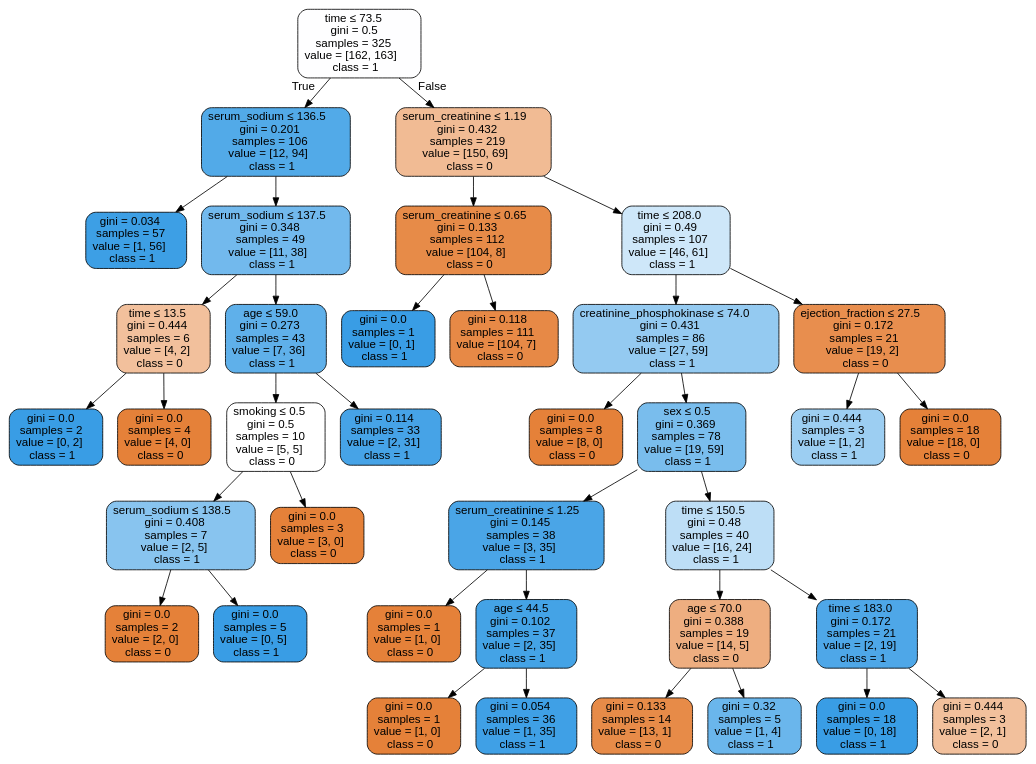
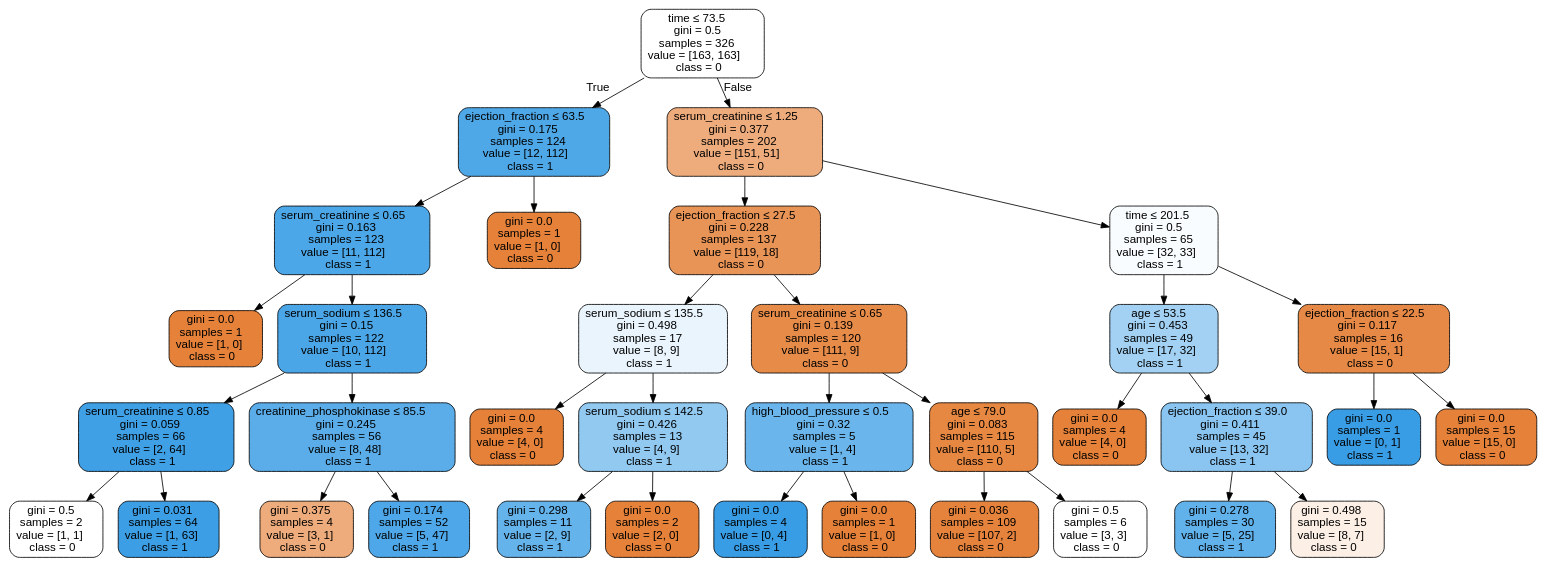
The diagram in Labs/NewClassifiers/Results/DecisionTrees/OverSample/ - No Outliers & Feature Selection/HFCR - OverSample - dtree.dot (isabelSoares/CD-2021), drawn with Graphviz before and after one commit. The commit also changed 173 other files, not shown here.

```diff
--- a/Labs/NewClassifiers/Results/DecisionTrees/OverSample/ - No Outliers & Feature Selection/HFCR - OverSample - dtree.dot
+++ b/Labs/NewClassifiers/Results/DecisionTrees/OverSample/ - No Outliers & Feature Selection/HFCR - OverSample - dtree.dot
@@ -1,77 +1,73 @@
 digraph Tree {
 node [shape=box, style="filled, rounded", color="black", fontname=helvetica] ;
 edge [fontname=helvetica] ;
-0 [label=<time &le; 73.5<br/>gini = 0.5<br/>samples = 325<br/>value = [162, 163]<br/>class = 1>, fillcolor="#fefeff"] ;
-1 [label=<serum_sodium &le; 136.5<br/>gini = 0.201<br/>samples = 106<br/>value = [12, 94]<br/>class = 1>, fillcolor="#52aae8"] ;
+0 [label=<time &le; 73.5<br/>gini = 0.5<br/>samples = 326<br/>value = [163, 163]<br/>class = 0>, fillcolor="#ffffff"] ;
+1 [label=<ejection_fraction &le; 63.5<br/>gini = 0.175<br/>samples = 124<br/>value = [12, 112]<br/>class = 1>, fillcolor="#4ea8e8"] ;
 0 -> 1 [labeldistance=2.5, labelangle=45, headlabel="True"] ;
-2 [label=<gini = 0.034<br/>samples = 57<br/>value = [1, 56]<br/>class = 1>, fillcolor="#3d9fe5"] ;
+2 [label=<serum_creatinine &le; 0.65<br/>gini = 0.163<br/>samples = 123<br/>value = [11, 112]<br/>class = 1>, fillcolor="#4ca7e8"] ;
 1 -> 2 ;
-3 [label=<serum_sodium &le; 137.5<br/>gini = 0.348<br/>samples = 49<br/>value = [11, 38]<br/>class = 1>, fillcolor="#72b9ed"] ;
-1 -> 3 ;
-4 [label=<time &le; 13.5<br/>gini = 0.444<br/>samples = 6<br/>value = [4, 2]<br/>class = 0>, fillcolor="#f2c09c"] ;
-3 -> 4 ;
-5 [label=<gini = 0.0<br/>samples = 2<br/>value = [0, 2]<br/>class = 1>, fillcolor="#399de5"] ;
+3 [label=<gini = 0.0<br/>samples = 1<br/>value = [1, 0]<br/>class = 0>, fillcolor="#e58139"] ;
+2 -> 3 ;
+4 [label=<serum_sodium &le; 136.5<br/>gini = 0.15<br/>samples = 122<br/>value = [10, 112]<br/>class = 1>, fillcolor="#4ba6e7"] ;
+2 -> 4 ;
+5 [label=<serum_creatinine &le; 0.85<br/>gini = 0.059<br/>samples = 66<br/>value = [2, 64]<br/>class = 1>, fillcolor="#3fa0e6"] ;
 4 -> 5 ;
-6 [label=<gini = 0.0<br/>samples = 4<br/>value = [4, 0]<br/>class = 0>, fillcolor="#e58139"] ;
-4 -> 6 ;
-7 [label=<age &le; 59.0<br/>gini = 0.273<br/>samples = 43<br/>value = [7, 36]<br/>class = 1>, fillcolor="#5fb0ea"] ;
-3 -> 7 ;
-8 [label=<smoking &le; 0.5<br/>gini = 0.5<br/>samples = 10<br/>value = [5, 5]<br/>class = 0>, fillcolor="#ffffff"] ;
-7 -> 8 ;
-9 [label=<serum_sodium &le; 138.5<br/>gini = 0.408<br/>samples = 7<br/>value = [2, 5]<br/>class = 1>, fillcolor="#88c4ef"] ;
+6 [label=<gini = 0.5<br/>samples = 2<br/>value = [1, 1]<br/>class = 0>, fillcolor="#ffffff"] ;
+5 -> 6 ;
+7 [label=<gini = 0.031<br/>samples = 64<br/>value = [1, 63]<br/>class = 1>, fillcolor="#3c9fe5"] ;
+5 -> 7 ;
+8 [label=<creatinine_phosphokinase &le; 85.5<br/>gini = 0.245<br/>samples = 56<br/>value = [8, 48]<br/>class = 1>, fillcolor="#5aade9"] ;
+4 -> 8 ;
+9 [label=<gini = 0.375<br/>samples = 4<br/>value = [3, 1]<br/>class = 0>, fillcolor="#eeab7b"] ;
 8 -> 9 ;
-10 [label=<gini = 0.0<br/>samples = 2<br/>value = [2, 0]<br/>class = 0>, fillcolor="#e58139"] ;
-9 -> 10 ;
-11 [label=<gini = 0.0<br/>samples = 5<br/>value = [0, 5]<br/>class = 1>, fillcolor="#399de5"] ;
-9 -> 11 ;
-12 [label=<gini = 0.0<br/>samples = 3<br/>value = [3, 0]<br/>class = 0>, fillcolor="#e58139"] ;
-8 -> 12 ;
-13 [label=<gini = 0.114<br/>samples = 33<br/>value = [2, 31]<br/>class = 1>, fillcolor="#46a3e7"] ;
-7 -> 13 ;
-14 [label=<serum_creatinine &le; 1.19<br/>gini = 0.432<br/>samples = 219<br/>value = [150, 69]<br/>class = 0>, fillcolor="#f1bb94"] ;
-0 -> 14 [labeldistance=2.5, labelangle=-45, headlabel="False"] ;
-15 [label=<serum_creatinine &le; 0.65<br/>gini = 0.133<br/>samples = 112<br/>value = [104, 8]<br/>class = 0>, fillcolor="#e78b48"] ;
+10 [label=<gini = 0.174<br/>samples = 52<br/>value = [5, 47]<br/>class = 1>, fillcolor="#4ea7e8"] ;
+8 -> 10 ;
+11 [label=<gini = 0.0<br/>samples = 1<br/>value = [1, 0]<br/>class = 0>, fillcolor="#e58139"] ;
+1 -> 11 ;
+12 [label=<serum_creatinine &le; 1.25<br/>gini = 0.377<br/>samples = 202<br/>value = [151, 51]<br/>class = 0>, fillcolor="#eeac7c"] ;
+0 -> 12 [labeldistance=2.5, labelangle=-45, headlabel="False"] ;
+13 [label=<ejection_fraction &le; 27.5<br/>gini = 0.228<br/>samples = 137<br/>value = [119, 18]<br/>class = 0>, fillcolor="#e99457"] ;
+12 -> 13 ;
+14 [label=<serum_sodium &le; 135.5<br/>gini = 0.498<br/>samples = 17<br/>value = [8, 9]<br/>class = 1>, fillcolor="#e9f4fc"] ;
+13 -> 14 ;
+15 [label=<gini = 0.0<br/>samples = 4<br/>value = [4, 0]<br/>class = 0>, fillcolor="#e58139"] ;
 14 -> 15 ;
-16 [label=<gini = 0.0<br/>samples = 1<br/>value = [0, 1]<br/>class = 1>, fillcolor="#399de5"] ;
-15 -> 16 ;
-17 [label=<gini = 0.118<br/>samples = 111<br/>value = [104, 7]<br/>class = 0>, fillcolor="#e78946"] ;
-15 -> 17 ;
-18 [label=<time &le; 208.0<br/>gini = 0.49<br/>samples = 107<br/>value = [46, 61]<br/>class = 1>, fillcolor="#cee7f9"] ;
-14 -> 18 ;
-19 [label=<creatinine_phosphokinase &le; 74.0<br/>gini = 0.431<br/>samples = 86<br/>value = [27, 59]<br/>class = 1>, fillcolor="#94caf1"] ;
-18 -> 19 ;
-20 [label=<gini = 0.0<br/>samples = 8<br/>value = [8, 0]<br/>class = 0>, fillcolor="#e58139"] ;
+16 [label=<serum_sodium &le; 142.5<br/>gini = 0.426<br/>samples = 13<br/>value = [4, 9]<br/>class = 1>, fillcolor="#91c9f1"] ;
+14 -> 16 ;
+17 [label=<gini = 0.298<br/>samples = 11<br/>value = [2, 9]<br/>class = 1>, fillcolor="#65b3eb"] ;
+16 -> 17 ;
+18 [label=<gini = 0.0<br/>samples = 2<br/>value = [2, 0]<br/>class = 0>, fillcolor="#e58139"] ;
+16 -> 18 ;
+19 [label=<serum_creatinine &le; 0.65<br/>gini = 0.139<br/>samples = 120<br/>value = [111, 9]<br/>class = 0>, fillcolor="#e78b49"] ;
+13 -> 19 ;
+20 [label=<high_blood_pressure &le; 0.5<br/>gini = 0.32<br/>samples = 5<br/>value = [1, 4]<br/>class = 1>, fillcolor="#6ab6ec"] ;
 19 -> 20 ;
-21 [label=<sex &le; 0.5<br/>gini = 0.369<br/>samples = 78<br/>value = [19, 59]<br/>class = 1>, fillcolor="#79bded"] ;
-19 -> 21 ;
-22 [label=<serum_creatinine &le; 1.25<br/>gini = 0.145<br/>samples = 38<br/>value = [3, 35]<br/>class = 1>, fillcolor="#4aa5e7"] ;
-21 -> 22 ;
-23 [label=<gini = 0.0<br/>samples = 1<br/>value = [1, 0]<br/>class = 0>, fillcolor="#e58139"] ;
-22 -> 23 ;
-24 [label=<age &le; 44.5<br/>gini = 0.102<br/>samples = 37<br/>value = [2, 35]<br/>class = 1>, fillcolor="#44a3e6"] ;
-22 -> 24 ;
-25 [label=<gini = 0.0<br/>samples = 1<br/>value = [1, 0]<br/>class = 0>, fillcolor="#e58139"] ;
-24 -> 25 ;
-26 [label=<gini = 0.054<br/>samples = 36<br/>value = [1, 35]<br/>class = 1>, fillcolor="#3fa0e6"] ;
-24 -> 26 ;
-27 [label=<time &le; 150.5<br/>gini = 0.48<br/>samples = 40<br/>value = [16, 24]<br/>class = 1>, fillcolor="#bddef6"] ;
-21 -> 27 ;
-28 [label=<age &le; 70.0<br/>gini = 0.388<br/>samples = 19<br/>value = [14, 5]<br/>class = 0>, fillcolor="#eeae80"] ;
+21 [label=<gini = 0.0<br/>samples = 4<br/>value = [0, 4]<br/>class = 1>, fillcolor="#399de5"] ;
+20 -> 21 ;
+22 [label=<gini = 0.0<br/>samples = 1<br/>value = [1, 0]<br/>class = 0>, fillcolor="#e58139"] ;
+20 -> 22 ;
+23 [label=<age &le; 79.0<br/>gini = 0.083<br/>samples = 115<br/>value = [110, 5]<br/>class = 0>, fillcolor="#e68742"] ;
+19 -> 23 ;
+24 [label=<gini = 0.036<br/>samples = 109<br/>value = [107, 2]<br/>class = 0>, fillcolor="#e5833d"] ;
+23 -> 24 ;
+25 [label=<gini = 0.5<br/>samples = 6<br/>value = [3, 3]<br/>class = 0>, fillcolor="#ffffff"] ;
+23 -> 25 ;
+26 [label=<time &le; 201.5<br/>gini = 0.5<br/>samples = 65<br/>value = [32, 33]<br/>class = 1>, fillcolor="#f9fcfe"] ;
+12 -> 26 ;
+27 [label=<age &le; 53.5<br/>gini = 0.453<br/>samples = 49<br/>value = [17, 32]<br/>class = 1>, fillcolor="#a2d1f3"] ;
+26 -> 27 ;
+28 [label=<gini = 0.0<br/>samples = 4<br/>value = [4, 0]<br/>class = 0>, fillcolor="#e58139"] ;
 27 -> 28 ;
-29 [label=<gini = 0.133<br/>samples = 14<br/>value = [13, 1]<br/>class = 0>, fillcolor="#e78b48"] ;
-28 -> 29 ;
-30 [label=<gini = 0.32<br/>samples = 5<br/>value = [1, 4]<br/>class = 1>, fillcolor="#6ab6ec"] ;
-28 -> 30 ;
-31 [label=<time &le; 183.0<br/>gini = 0.172<br/>samples = 21<br/>value = [2, 19]<br/>class = 1>, fillcolor="#4ea7e8"] ;
-27 -> 31 ;
-32 [label=<gini = 0.0<br/>samples = 18<br/>value = [0, 18]<br/>class = 1>, fillcolor="#399de5"] ;
-31 -> 32 ;
-33 [label=<gini = 0.444<br/>samples = 3<br/>value = [2, 1]<br/>class = 0>, fillcolor="#f2c09c"] ;
-31 -> 33 ;
-34 [label=<ejection_fraction &le; 27.5<br/>gini = 0.172<br/>samples = 21<br/>value = [19, 2]<br/>class = 0>, fillcolor="#e88e4e"] ;
-18 -> 34 ;
-35 [label=<gini = 0.444<br/>samples = 3<br/>value = [1, 2]<br/>class = 1>, fillcolor="#9ccef2"] ;
-34 -> 35 ;
-36 [label=<gini = 0.0<br/>samples = 18<br/>value = [18, 0]<br/>class = 0>, fillcolor="#e58139"] ;
-34 -> 36 ;
+29 [label=<ejection_fraction &le; 39.0<br/>gini = 0.411<br/>samples = 45<br/>value = [13, 32]<br/>class = 1>, fillcolor="#89c5f0"] ;
+27 -> 29 ;
+30 [label=<gini = 0.278<br/>samples = 30<br/>value = [5, 25]<br/>class = 1>, fillcolor="#61b1ea"] ;
+29 -> 30 ;
+31 [label=<gini = 0.498<br/>samples = 15<br/>value = [8, 7]<br/>class = 0>, fillcolor="#fcefe6"] ;
+29 -> 31 ;
+32 [label=<ejection_fraction &le; 22.5<br/>gini = 0.117<br/>samples = 16<br/>value = [15, 1]<br/>class = 0>, fillcolor="#e78946"] ;
+26 -> 32 ;
+33 [label=<gini = 0.0<br/>samples = 1<br/>value = [0, 1]<br/>class = 1>, fillcolor="#399de5"] ;
+32 -> 33 ;
+34 [label=<gini = 0.0<br/>samples = 15<br/>value = [15, 0]<br/>class = 0>, fillcolor="#e58139"] ;
+32 -> 34 ;
 }
```
